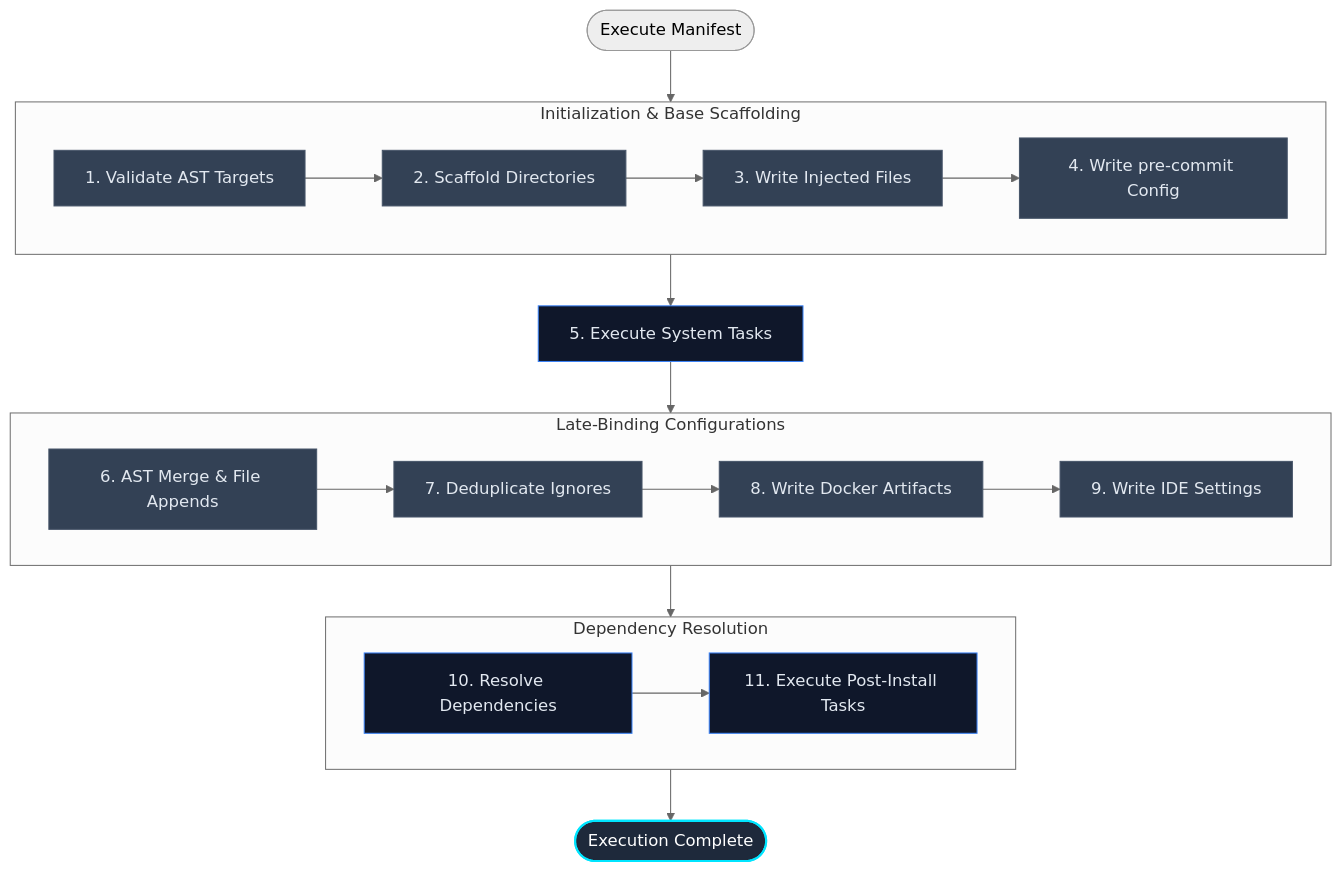
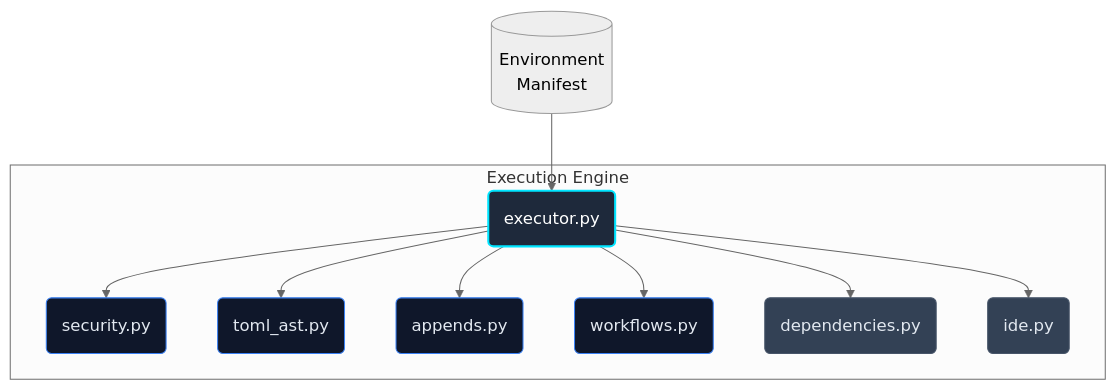
The diagram in docs/mechanics/executor.md (JacksonFergusonDev/protostar), drawn with Mermaid (neutral theme) before and after one commit. The commit also changed other lines of this file and 10 other files, not shown here.

````diff
--- a/docs/mechanics/executor.md
+++ b/docs/mechanics/executor.md
@@ -29,35 +11,18 @@
 ```mermaid
 flowchart TD
-    classDef core fill:#1e293b,stroke:#00e5ff,stroke-width:2px,color:#fff;
-    classDef io_file fill:#334155,stroke:#475569,stroke-width:1px,color:#e2e8f0;
-    classDef io_shell fill:#0f172a,stroke:#3b82f6,stroke-width:1px,color:#e2e8f0;
+    classDef pure fill:#0f172a,stroke:#3b82f6,stroke-width:1px,color:#e2e8f0;
+    classDef stateful fill:#334155,stroke:#475569,stroke-width:1px,color:#e2e8f0;
+    classDef orchestrator fill:#1e293b,stroke:#00e5ff,stroke-width:2px,color:#fff;
 
-    Start([Execute Manifest]) --> Prep
+    M[(Environment\nManifest)] --> E(executor.py):::orchestrator
 
-    subgraph Prep [Initialization & Base Scaffolding]
-        direction LR
-        V[1. Validate AST Targets]:::io_file --> D[2. Scaffold Directories]:::io_file
-        D --> I[3. Write Injected Files]:::io_file
-        I --> PC[4. Write pre-commit Config]:::io_file
+    subgraph Execution Engine
+        E --> S(security.py):::pure
+        E --> T(toml_ast.py):::pure
+        E --> A(appends.py):::pure
+        E --> W(workflows.py):::pure
+
+        E --> D(dependencies.py):::stateful
+        E --> I(ide.py):::stateful
     end
-
-    Prep --> ST[5. Execute System Tasks]:::io_shell
-
-    ST --> Synthesis
-
-    subgraph Synthesis [Late-Binding Configurations]
-        direction LR
-        AF[6. AST Merge & File Appends]:::io_file --> IG[7. Deduplicate Ignores]:::io_file
-        IG --> DOCK[8. Write Docker Artifacts]:::io_file
-        DOCK --> IDE[9. Write IDE Settings]:::io_file
-    end
-
-    Synthesis --> Runtime
-
-    subgraph Runtime [Dependency Resolution]
-        direction LR
-        DEP[10. Resolve Dependencies]:::io_shell --> PT[11. Execute Post-Install Tasks]:::io_shell
-    end
-
-    Runtime --> End([Execution Complete]):::core
 ```
````
